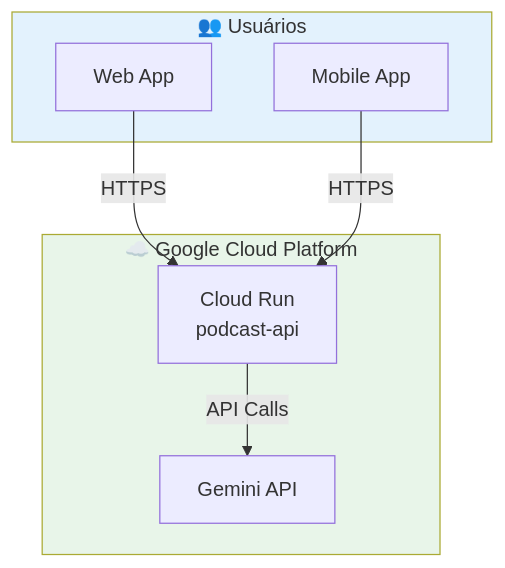
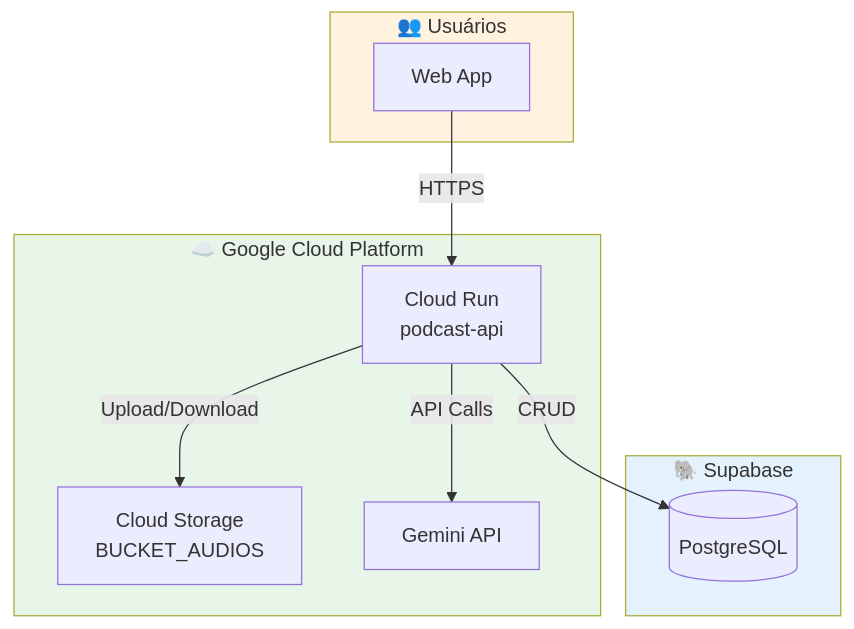
Before and after one commit to Lucas-Salomao/podcast-api-tts: the seventh of 7 diagrams in README.md, drawn with Mermaid. The commit also changed other lines of this file, not shown here.

Commit message:
docs: Update README to document the new GCP Cloud Storage and PostgreSQL persistence, along with updated features and architecture, replacing previous flow diagrams.

````diff
--- a/README.md
+++ b/README.md
@@ -457,19 +495,25 @@
 ```mermaid
 flowchart TB
     subgraph GCP["☁️ Google Cloud Platform"]
         CR[Cloud Run<br/>podcast-api]
+        GCS[Cloud Storage<br/>BUCKET_AUDIOS]
         GEMINI[Gemini API]
+    end
+    
+    subgraph Supabase["🐘 Supabase"]
+        PG[(PostgreSQL)]
     end
     
     subgraph Users["👥 Usuários"]
         WEB[Web App]
-        MOBILE[Mobile App]
     end
     
     WEB -->|HTTPS| CR
-    MOBILE -->|HTTPS| CR
     CR -->|API Calls| GEMINI
+    CR -->|Upload/Download| GCS
+    CR -->|CRUD| PG
     
     style GCP fill:#e8f5e9
-    style Users fill:#e3f2fd
+    style Supabase fill:#e3f2fd
+    style Users fill:#fff3e0
 ```
````
